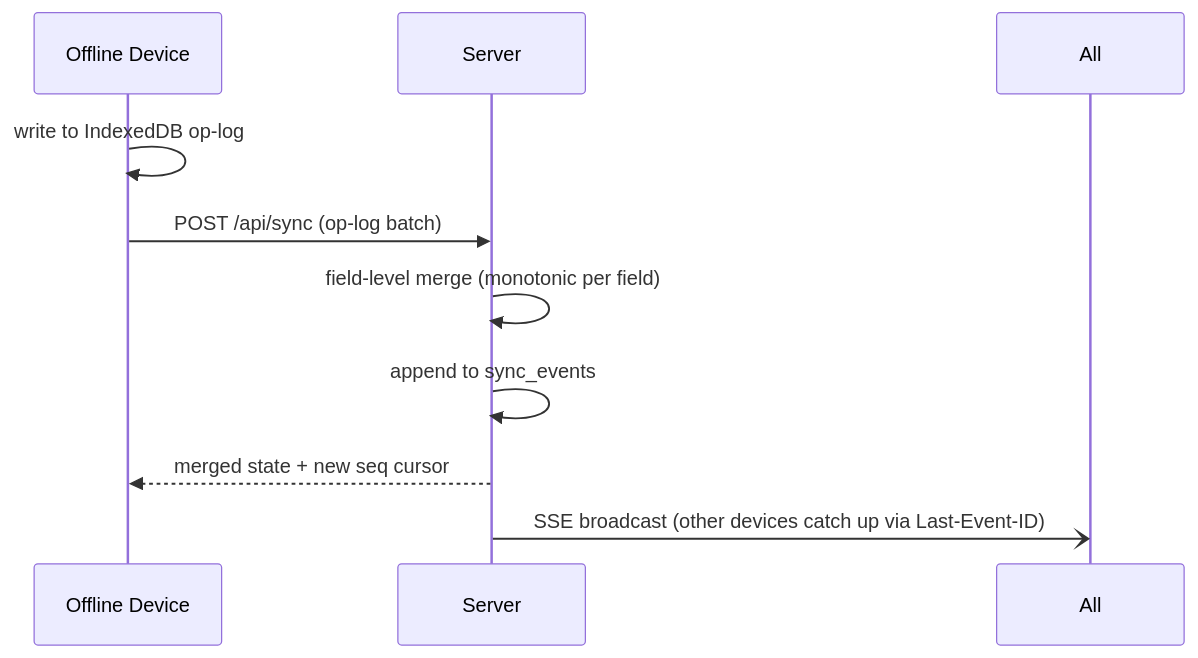
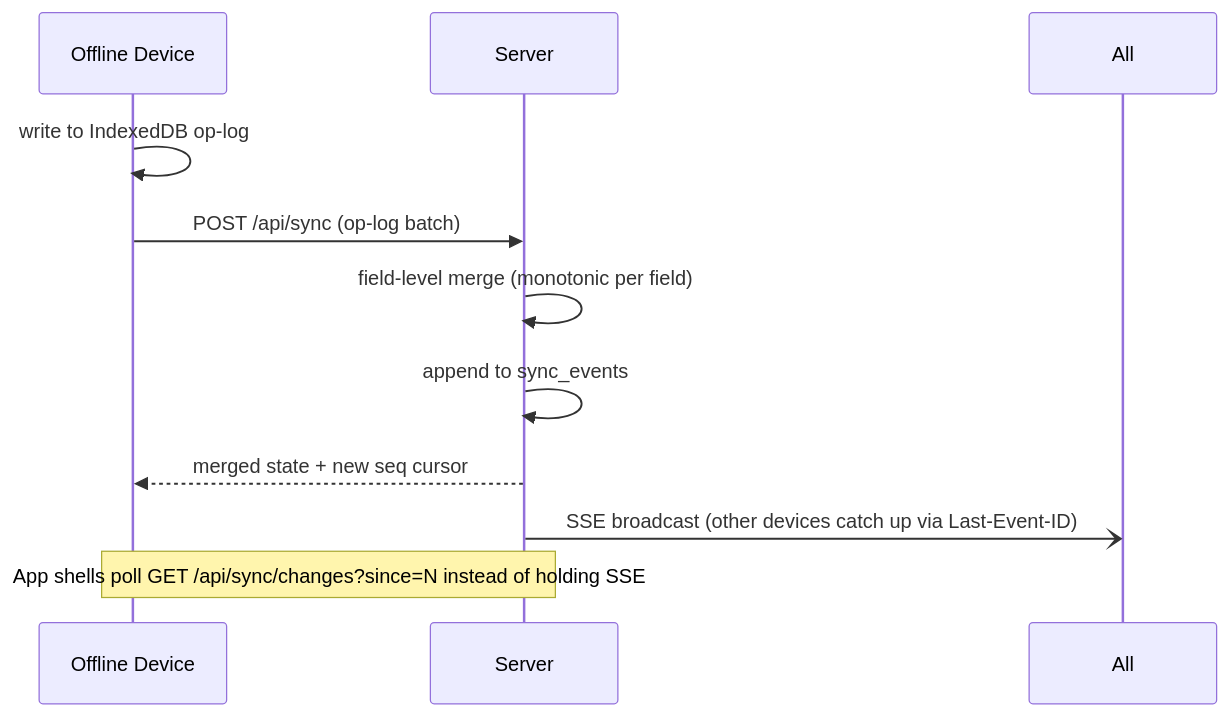
One commit to companionintelligence/CI-Planning changed the eighth of 8 diagrams in ARCHITECTURE.md. Above: the diagram before and after it, drawn with Mermaid. The commit also changed other lines of this file and 2 other files, not shown here.

First line of the commit message:
fix(test): hermetic DST and VAPID server tests; document polling sync (#632)

````diff
--- a/ARCHITECTURE.md
+++ b/ARCHITECTURE.md
@@ -1112,12 +1112,13 @@
 ```mermaid
 sequenceDiagram
     participant Device as Offline Device
     participant Server
 
     Device->>Device: write to IndexedDB op-log
     Device->>Server: POST /api/sync (op-log batch)
     Server->>Server: field-level merge (monotonic per field)
     Server->>Server: append to sync_events
     Server-->>Device: merged state + new seq cursor
     Server-)All: SSE broadcast (other devices catch up via Last-Event-ID)
+    Note over Device,Server: App shells poll GET /api/sync/changes?since=N instead of holding SSE
 ```
````
